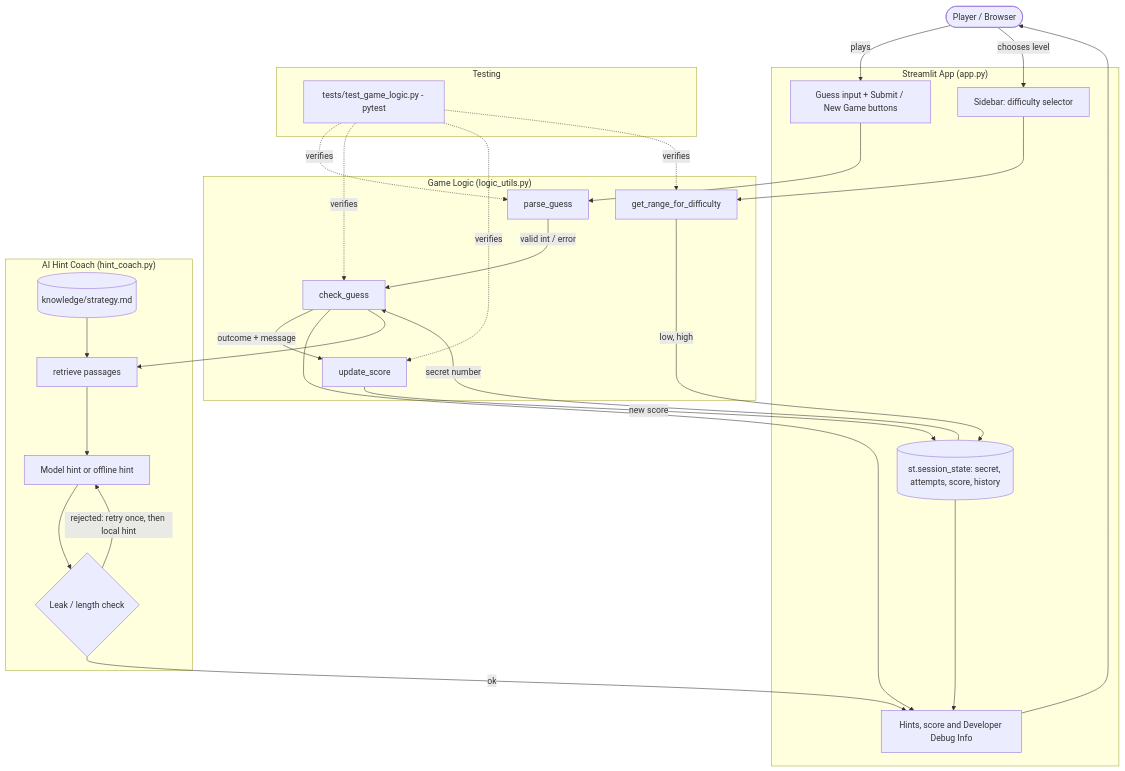
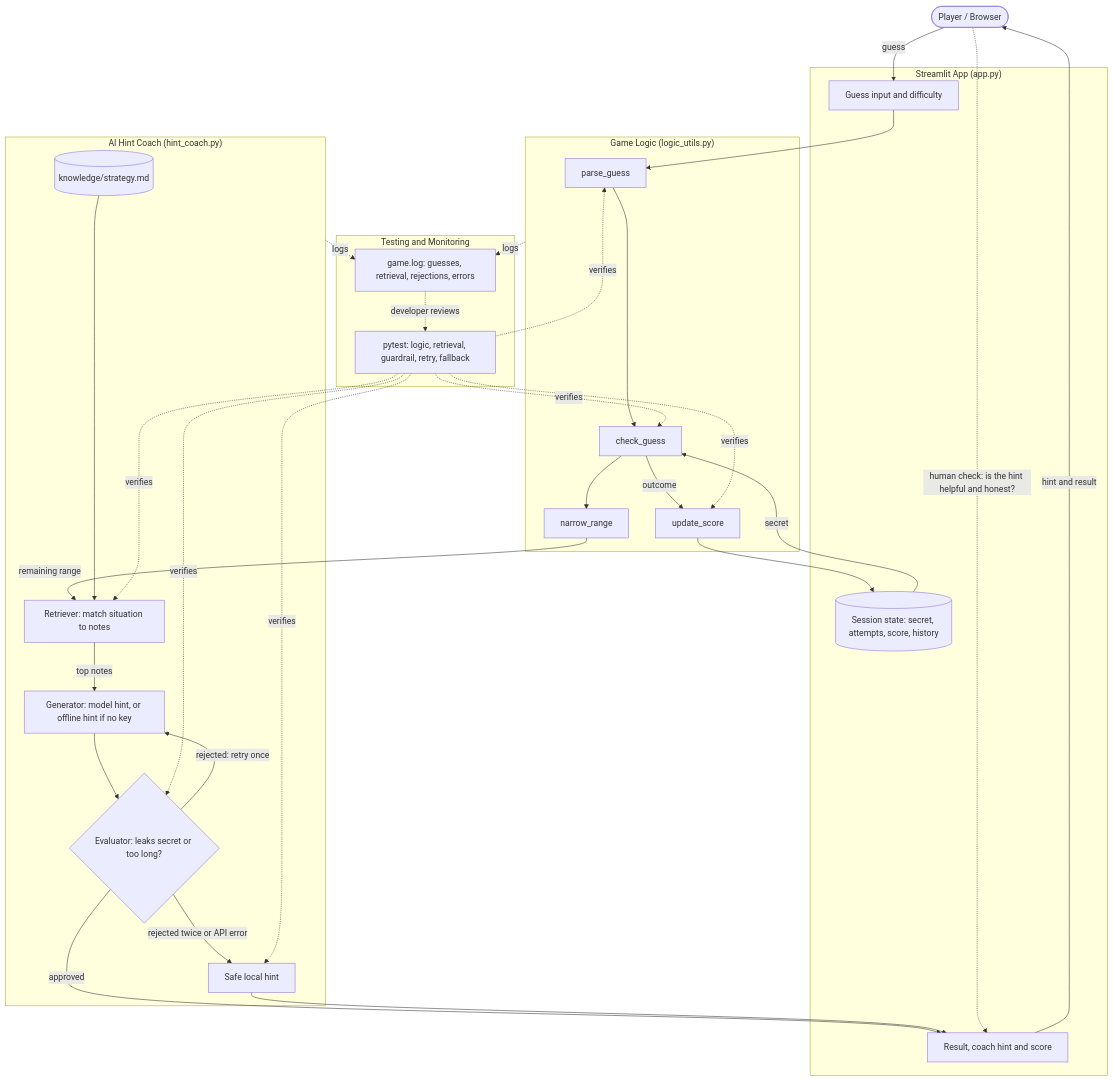
Before and after one commit to ugiagbeanthony/applied-ai-system-final: the diagram in diagrams/architecture.mmd, drawn with Mermaid.

Commit message:
Rewrite architecture diagram with retriever, evaluator, testing and human check

```diff
--- a/diagrams/architecture.mmd
+++ b/diagrams/architecture.mmd
@@ -1,51 +1,59 @@
 flowchart TD
-    User([Player / Browser])
+    %% INPUT
+    Player([Player / Browser])
 
     subgraph UI["Streamlit App (app.py)"]
-        Sidebar[Sidebar: difficulty selector]
-        Input[Guess input + Submit / New Game buttons]
-        State[(st.session_state: secret, attempts, score, history)]
-        Display[Hints, score and Developer Debug Info]
+        Input[Guess input and difficulty]
+        State[(Session state: secret, attempts, score, history)]
+        Display[Result, coach hint and score]
     end
 
     subgraph Logic["Game Logic (logic_utils.py)"]
-        Range[get_range_for_difficulty]
         Parse[parse_guess]
         Check[check_guess]
         Score[update_score]
+        Narrow[narrow_range]
     end
 
-    subgraph QA["Testing"]
-        Tests[tests/test_game_logic.py - pytest]
+    subgraph Coach["AI Hint Coach (hint_coach.py)"]
+        KB[(knowledge/strategy.md)]
+        Retriever[Retriever: match situation to notes]
+        Agent[Generator: model hint, or offline hint if no key]
+        Guard{Evaluator: leaks secret or too long?}
+        Fallback[Safe local hint]
     end
 
-    User -->|plays| Input
-    User -->|chooses level| Sidebar
-    Sidebar --> Range
-    Range -->|low, high| State
-    Input --> Parse
-    Parse -->|valid int / error| Check
-    State -->|secret number| Check
-    Check -->|outcome + message| Score
-    Score -->|new score| State
-    Check --> Display
-    State --> Display
-    Display --> User
+    subgraph QA["Testing and Monitoring"]
+        Tests[pytest: logic, retrieval, guardrail, retry, fallback]
+        Log[game.log: guesses, retrieval, rejections, errors]
+    end
 
+    %% PROCESS
+    Player -->|guess| Input
+    Input --> Parse --> Check
+    State -->|secret| Check
+    Check -->|outcome| Score --> State
+    Check --> Narrow
+    Narrow -->|remaining range| Retriever
+    KB --> Retriever
+    Retriever -->|top notes| Agent
+    Agent --> Guard
+    Guard -->|rejected: retry once| Agent
+    Guard -->|rejected twice or API error| Fallback
+    Guard -->|approved| Display
+    Fallback --> Display
+
+    %% OUTPUT AND HUMAN CHECK
+    Display -->|hint and result| Player
+    Player -.->|human check: is the hint helpful and honest?| Display
+
+    %% TESTING
     Tests -.->|verifies| Parse
     Tests -.->|verifies| Check
     Tests -.->|verifies| Score
-    Tests -.->|verifies| Range
-
-    subgraph Coach["AI Hint Coach (hint_coach.py)"]
-        KB[(knowledge/strategy.md)]
-        Retrieve[retrieve passages]
-        LLM[Model hint or offline hint]
-        Guard{Leak / length check}
-    end
-    Check --> Retrieve
-    KB --> Retrieve
-    Retrieve --> LLM
-    LLM --> Guard
-    Guard -->|ok| Display
-    Guard -->|rejected: retry once, then local hint| LLM
+    Tests -.->|verifies| Retriever
+    Tests -.->|verifies| Guard
+    Tests -.->|verifies| Fallback
+    Coach -.->|logs| Log
+    Logic -.->|logs| Log
+    Log -.->|developer reviews| Tests
```
